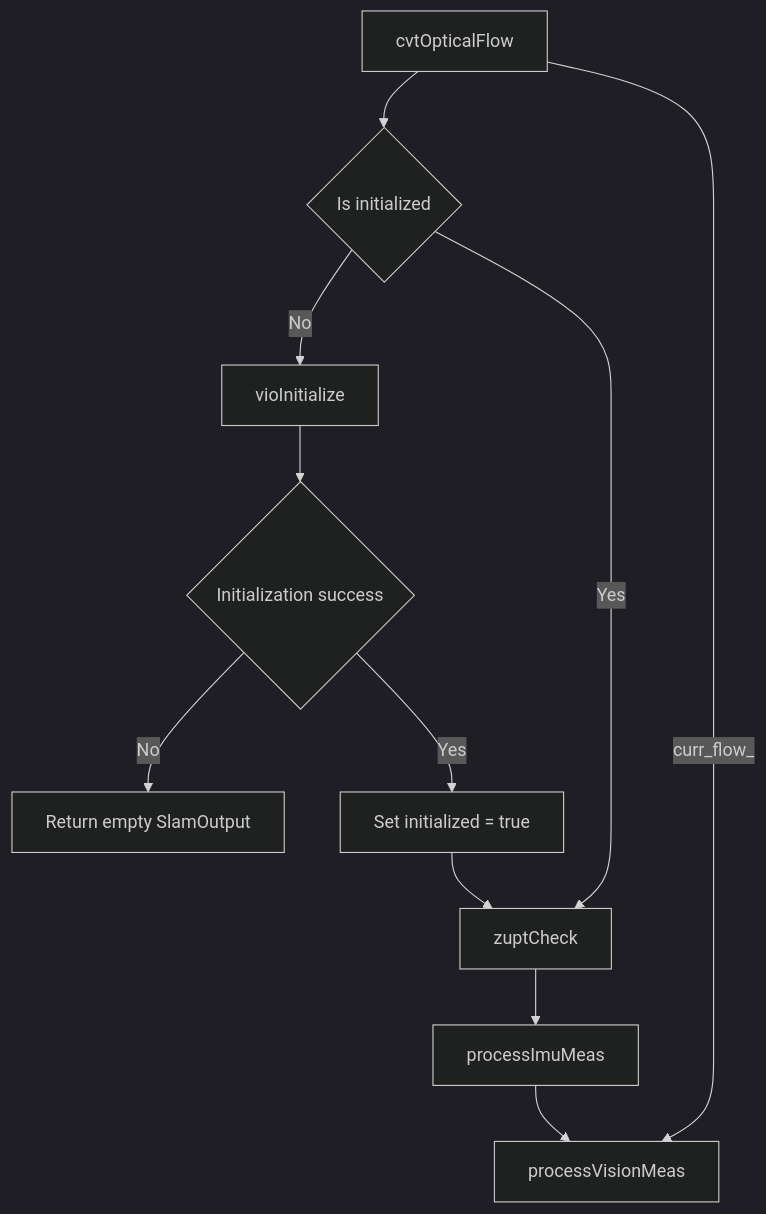
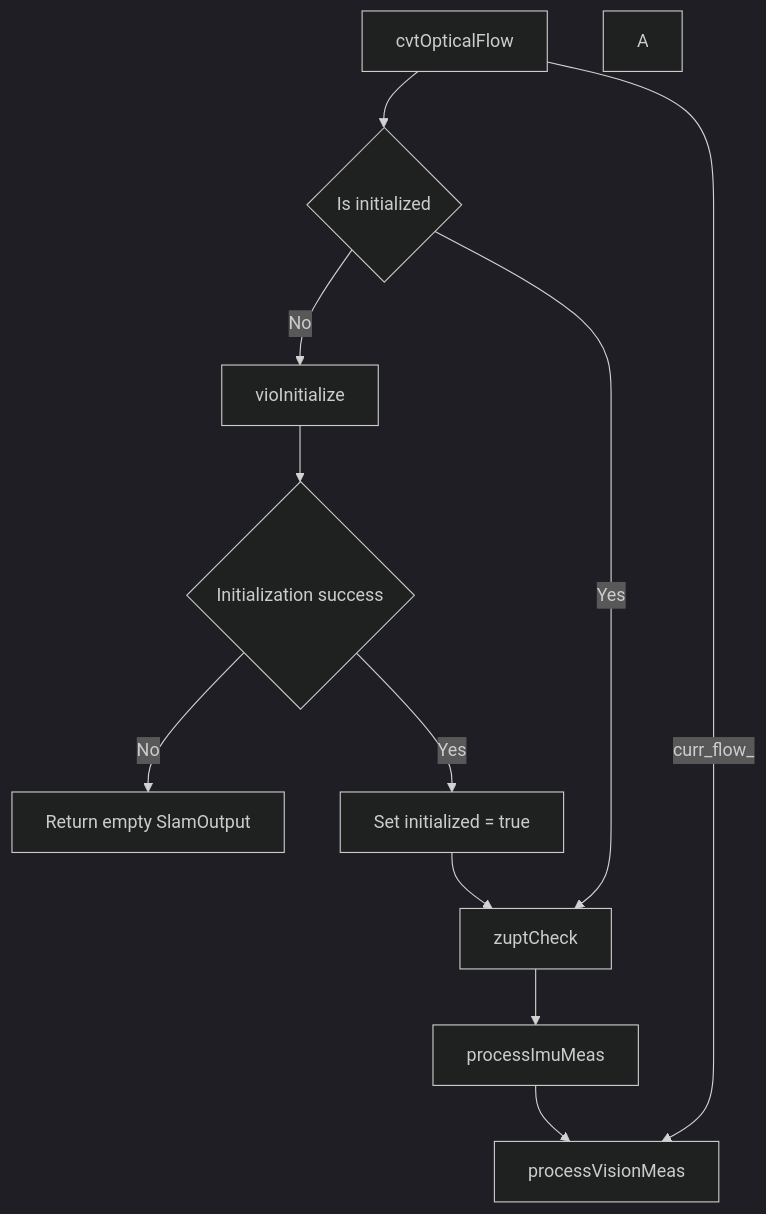
The diagram in all/未命名-5.md (huzixuan1/iodraw-files), drawn with Mermaid (dark theme) before and after one commit.

Commit message:
2025-05-21 16:42:50 update

````diff
--- a/all/未命名-5.md
+++ b/all/未命名-5.md
@@ -1,53 +1,54 @@
 ```mermaid
 %% classDiagram
 %%   class Solver {
 %%     -params: VioOptimizationParam
 %%     -calib: VioCalib*
 %%     +solve()
 %%     +marginalize()
 %%     +linearizeSystem()
 %%     +linearizeSystemMargin()
 %%     +createVariablesAndFactors()
 %%     +generateNewMarginPrior()
 %%   }
 
 %%   class VariableBase {
 %%     +Index: int
 %%     +Ptr: void*
 %%   }
 
 %%   class FactorBase {
 %%     +Ptr: void*
 %%     +linearize()
 %%     +addDenseJr()
 %%   }
 
 %%   class EliminatorBase {
 %%     +eliminateInPlace()
 %%   }
 
 %%   Solver o--> FactorBase
 %%   Solver o--> VariableBase
 %%   Solver o--> EliminatorBase
 %%   Solver --> VioOptimizationParam
 %%   Solver --> VioCalib
 
 
 
 graph TD
     B[cvtOpticalFlow]
     B --> C{Is initialized}
 
     C -- No --> D[vioInitialize]
     D --> E{Initialization success}
     E -- No --> F[Return empty SlamOutput]
     E -- Yes --> G[Set initialized = true]
 
     C -- Yes --> H[zuptCheck]
 
     G --> H
     H --> I[processImuMeas]
     I --> J[processVisionMeas]
     B --curr_flow_--> J
-    
+
+    A
 ```
````
